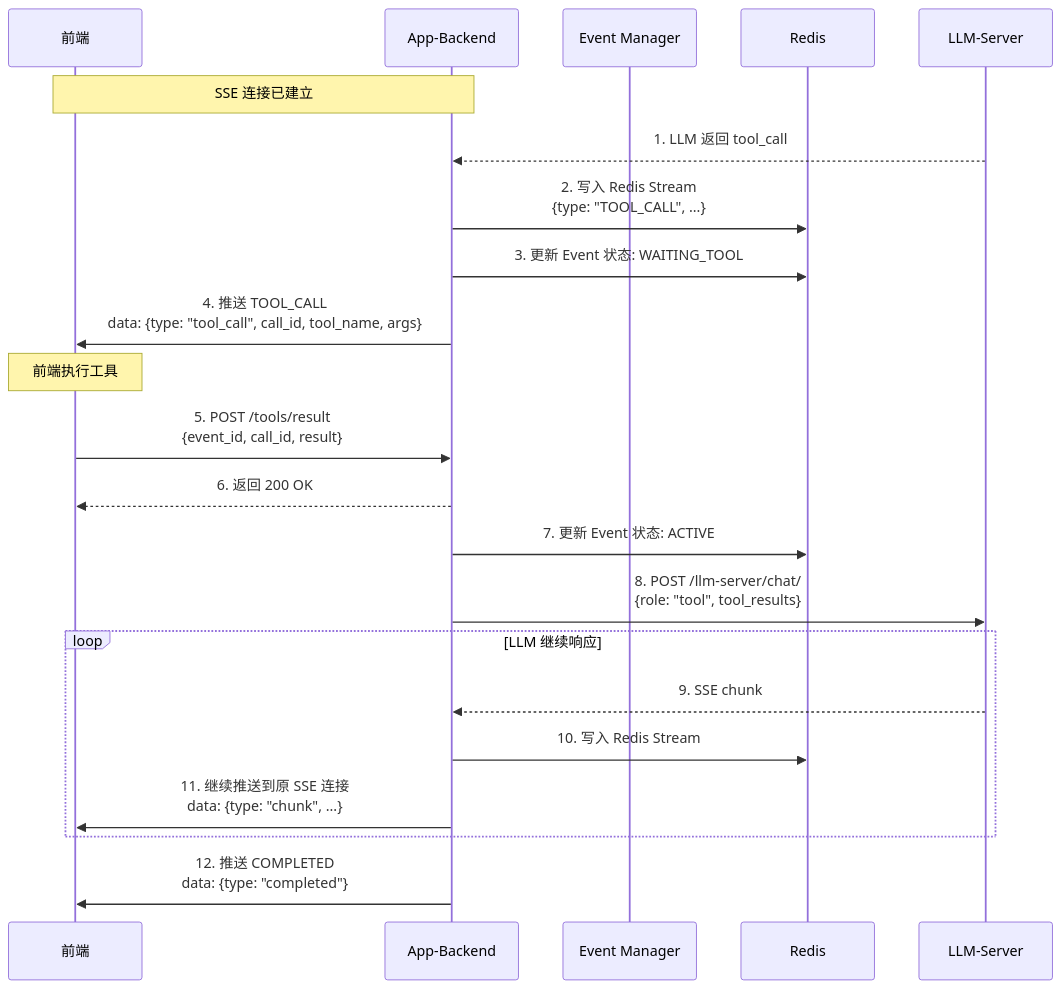
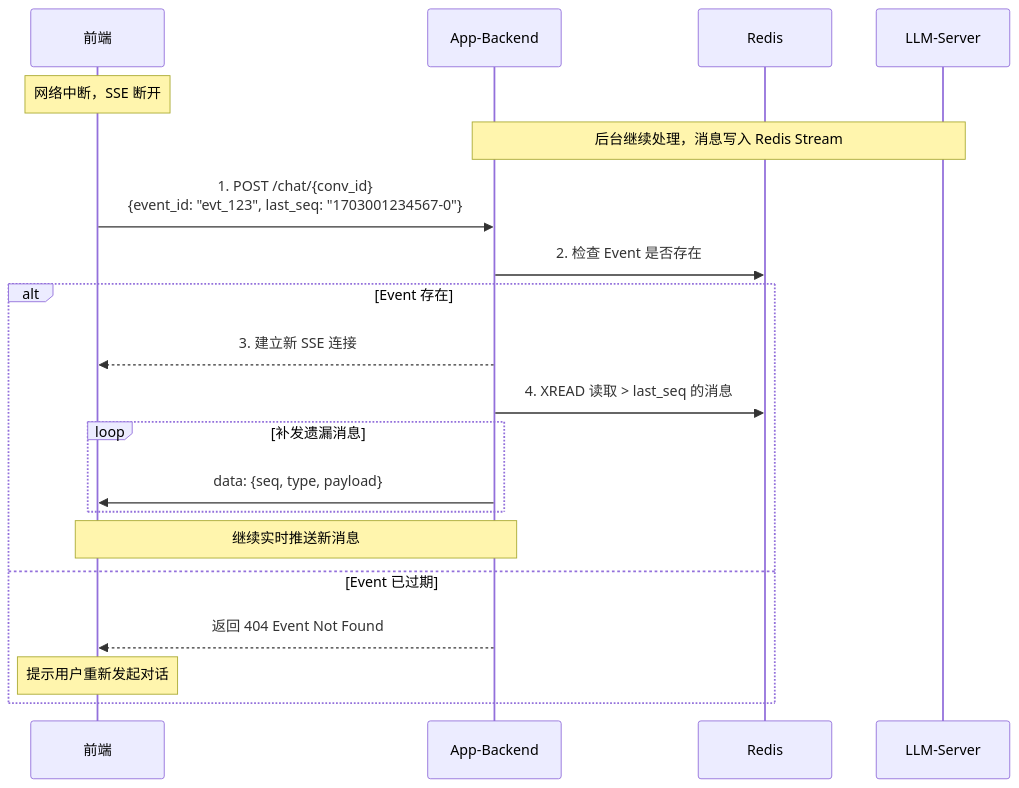
One commit to yingjianzh/iodraw-files changed the diagram in all/未命名-10.md. Above: the diagram before and after it, drawn with Mermaid.

Commit message:
2025-12-22 15:00:00 update

````diff
--- a/all/未命名-10.md
+++ b/all/未命名-10.md
@@ -1,33 +1,31 @@
 ```mermaid
 sequenceDiagram
     participant F as 前端
     participant B as App-Backend
-    participant E as Event Manager
     participant R as Redis
     participant L as LLM-Server
 
-    Note over F,B: SSE 连接已建立
+    Note over F: 网络中断，SSE 断开
     
-    L-->>B: 1. LLM 返回 tool_call
+    Note over B,L: 后台继续处理，消息写入 Redis Stream
     
-    B->>R: 2. 写入 Redis Stream<br/>{type: "TOOL_CALL", ...}
-    B->>R: 3. 更新 Event 状态: WAITING_TOOL
+    F->>B: 1. POST /chat/{conv_id}<br/>{event_id: "evt_123", last_seq: "1703001234567-0"}
     
-    B->>F: 4. 推送 TOOL_CALL<br/>data: {type: "tool_call", call_id, tool_name, args}
+    B->>R: 2. 检查 Event 是否存在
     
-    Note over F: 前端执行工具
-    
-    F->>B: 5. POST /tools/result<br/>{event_id, call_id, result}
-    B-->>F: 6. 返回 200 OK
-    
-    B->>R: 7. 更新 Event 状态: ACTIVE
-    B->>L: 8. POST /llm-server/chat/<br/>{role: "tool", tool_results}
-    
-    loop LLM 继续响应
-        L-->>B: 9. SSE chunk
-        B->>R: 10. 写入 Redis Stream
-        B->>F: 11. 继续推送到原 SSE 连接<br/>data: {type: "chunk", ...}
+    alt Event 存在
+        B-->>F: 3. 建立新 SSE 连接
+        
+        B->>R: 4. XREAD 读取 > last_seq 的消息
+        
+        loop 补发遗漏消息
+            B->>F: data: {seq, type, payload}
+        end
+        
+        Note over F,B: 继续实时推送新消息
+        
+    else Event 已过期
+        B-->>F: 返回 404 Event Not Found
+        Note over F: 提示用户重新发起对话
     end
-    
-    B->>F: 12. 推送 COMPLETED<br/>data: {type: "completed"}
 ```
````
